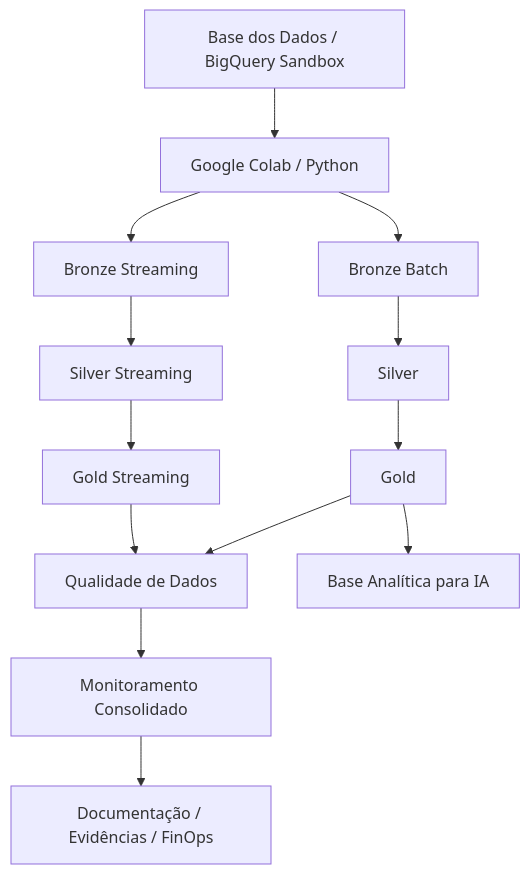
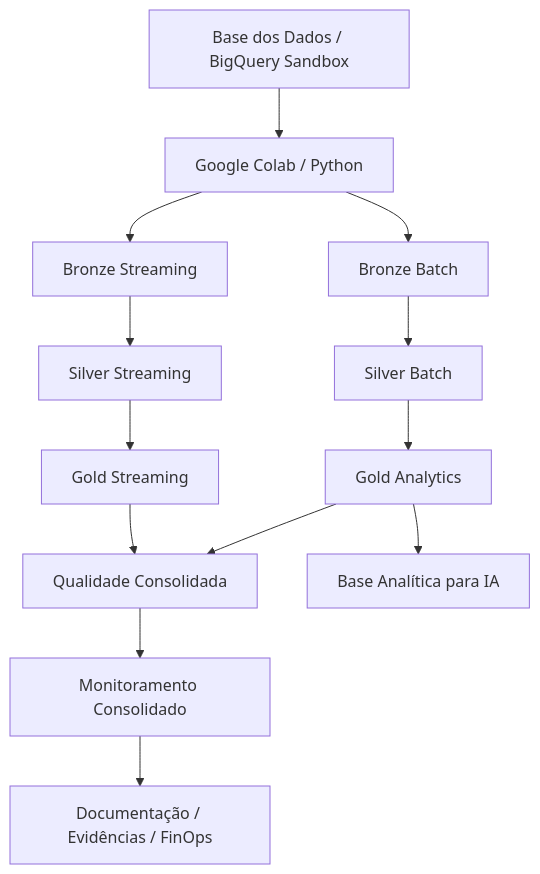
Before and after one commit to acorrea79/techchallenge-fase2-pipeline-alfabetizacao: the first of 3 diagrams in README.md, drawn with Mermaid. The commit also changed other lines of this file, not shown here.

````diff
--- a/README.md
+++ b/README.md
@@ -69,21 +85,21 @@
 ```mermaid
 flowchart TD
     A[Base dos Dados / BigQuery Sandbox] --> B[Google Colab / Python]
 
     B --> C[Bronze Batch]
     B --> D[Bronze Streaming]
 
-    C --> E[Silver]
+    C --> E[Silver Batch]
     D --> F[Silver Streaming]
 
-    E --> G[Gold]
+    E --> G[Gold Analytics]
     F --> H[Gold Streaming]
 
-    G --> I[Qualidade de Dados]
+    G --> I[Qualidade Consolidada]
     H --> I
 
     I --> J[Monitoramento Consolidado]
     J --> K[Documentação / Evidências / FinOps]
 
     G --> L[Base Analítica para IA]
 ```
````
